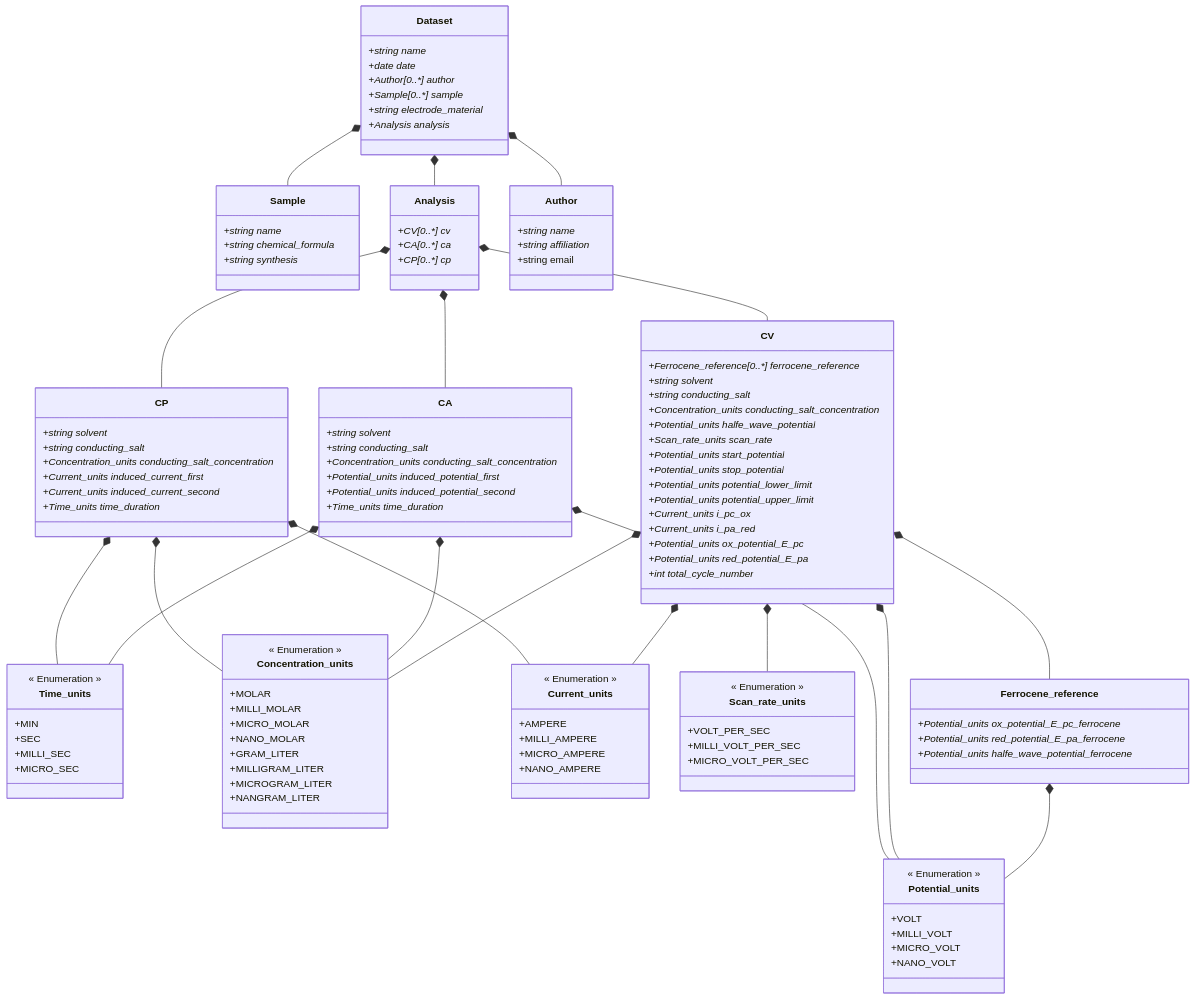
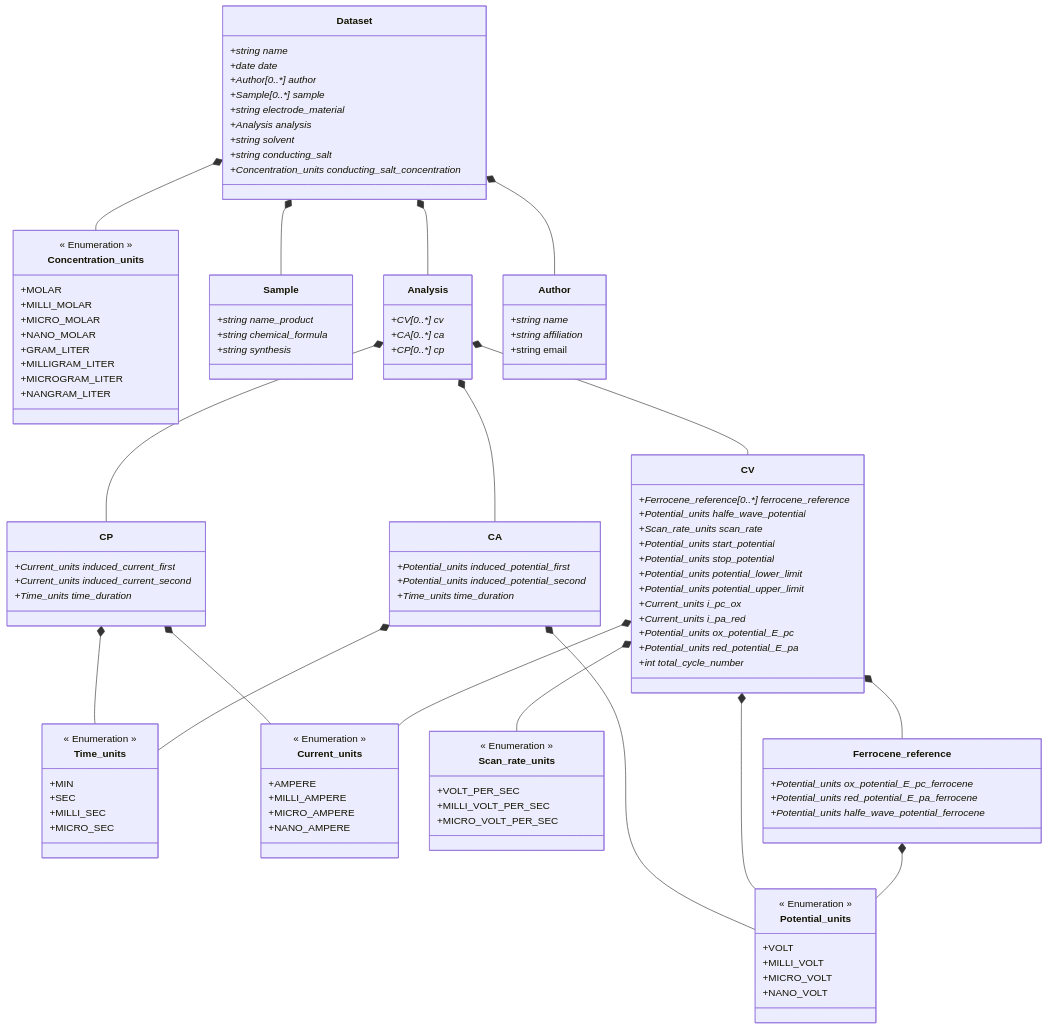
The diagram in ElectrochemistryDataModel/schemes/electrochemistrydatamodel_schema.md (FAIRChemistry/datamodel-electrochemistry), drawn with Mermaid before and after one commit. The commit also changed 9 other files, not shown here.

````diff
--- a/ElectrochemistryDataModel/schemes/electrochemistrydatamodel_schema.md
+++ b/ElectrochemistryDataModel/schemes/electrochemistrydatamodel_schema.md
@@ -1,5 +1,6 @@
 ```mermaid
 classDiagram
+    Dataset *-- Concentration_units
     Dataset *-- Sample
     Dataset *-- Analysis
     Dataset *-- Author
@@ -7,12 +8,9 @@
     Analysis *-- CA
     Analysis *-- CV
     CP *-- Time_units
-    CP *-- Concentration_units
     CP *-- Current_units
     CA *-- Time_units
-    CA *-- Concentration_units
     CA *-- Potential_units
-    CV *-- Concentration_units
     CV *-- Scan_rate_units
     CV *-- Current_units
     CV *-- Potential_units
@@ -26,10 +24,13 @@
         +Sample[0..*] sample*
         +string electrode_material*
         +Analysis analysis*
+        +string solvent*
+        +string conducting_salt*
+        +Concentration_units conducting_salt_concentration*
     }
     
     class Sample {
-        +string name*
+        +string name_product*
         +string chemical_formula*
         +string synthesis*
     }
@@ -41,18 +42,12 @@
     }
     
     class CP {
-        +string solvent*
-        +string conducting_salt*
-        +Concentration_units conducting_salt_concentration*
         +Current_units induced_current_first*
         +Current_units induced_current_second*
         +Time_units time_duration*
     }
     
     class CA {
-        +string solvent*
-        +string conducting_salt*
-        +Concentration_units conducting_salt_concentration*
         +Potential_units induced_potential_first*
         +Potential_units induced_potential_second*
         +Time_units time_duration*
@@ -60,9 +55,6 @@
     
     class CV {
         +Ferrocene_reference[0..*] ferrocene_reference*
-        +string solvent*
-        +string conducting_salt*
-        +Concentration_units conducting_salt_concentration*
         +Potential_units halfe_wave_potential*
         +Scan_rate_units scan_rate*
         +Potential_units start_potential*
````
